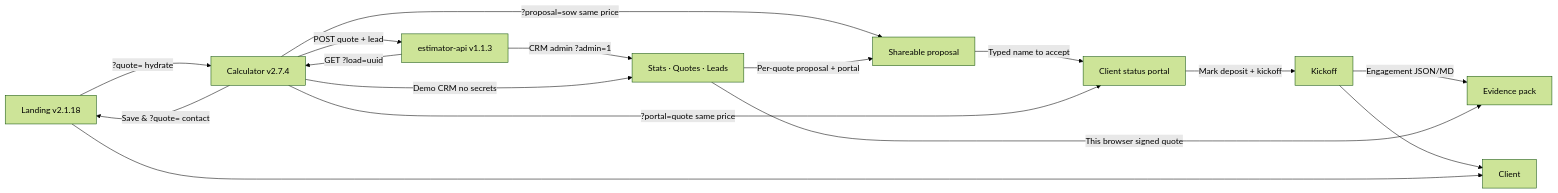
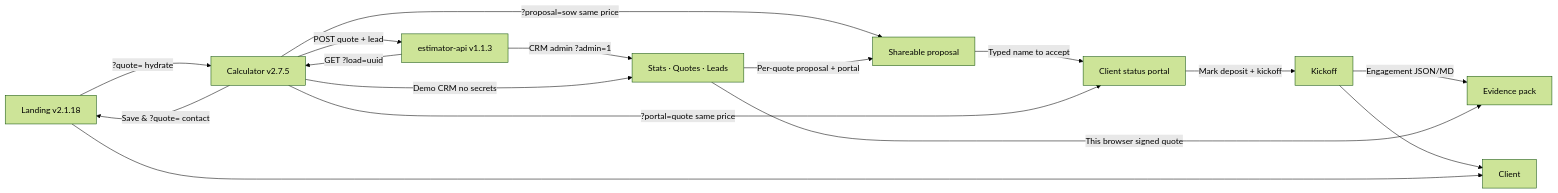
The diagram in README.md (pixellayer7-jpg/pixellayer7-jpg), drawn with Mermaid (forest theme) before and after one commit. The commit also changed other lines of this file and 4 other files, not shown here.

````diff
--- a/README.md
+++ b/README.md
@@ -21,18 +21,18 @@
 ```mermaid
 flowchart LR
-  A[Landing v2.1.18] -->|?quote= hydrate| B[Calculator v2.7.4]
+  A[Landing v2.1.18] -->|?quote= hydrate| B[Calculator v2.7.5]
   B -->|Save & ?quote= contact| A
   B -->|?proposal=sow same price| R[Shareable proposal]
   R -->|Typed name to accept| P[Client status portal]
   P -->|Mark deposit + kickoff| K[Kickoff]
   K -->|Engagement JSON/MD| X[Evidence pack]
   B -->|?portal=quote same price| P
   B -->|POST quote + lead| D[estimator-api v1.1.3]
   D -->|CRM admin ?admin=1| E[Stats · Quotes · Leads]
   B -->|Demo CRM no secrets| E
   E -->|This browser signed quote| X
   E -->|Per-quote proposal + portal| R
   K --> F[Client]
   D -->|GET ?load=uuid| B
   A --> F[Client]
 ```
````
